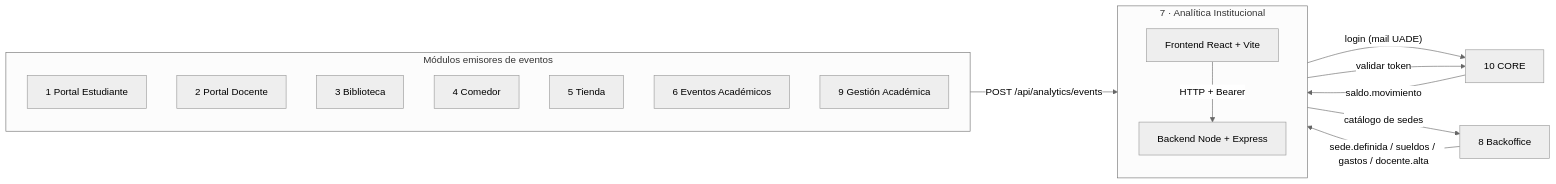
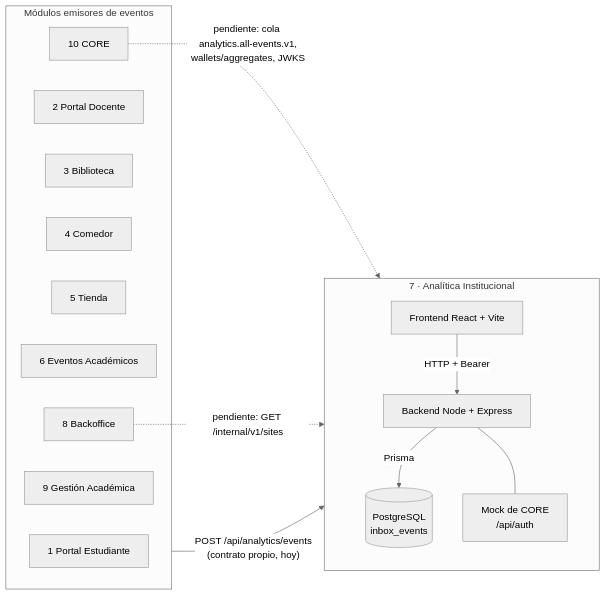
Before and after one commit to JoacoaFernandez/Modulo7: the diagram in README.md, drawn with Mermaid (neutral theme). The commit also changed other lines of this file and 18 other files, not shown here.

````diff
--- a/README.md
+++ b/README.md
@@ -28,28 +35,29 @@
 ```mermaid
 flowchart LR
   subgraph Emisores["Módulos emisores de eventos"]
     PE[1 Portal Estudiante]
     PD[2 Portal Docente]
     BI[3 Biblioteca]
     CO[4 Comedor]
     TI[5 Tienda]
     EV[6 Eventos Académicos]
+    BO[8 Backoffice]
     GA[9 Gestión Académica]
+    CORE[10 CORE]
   end
-  BO[8 Backoffice]
-  CORE[10 CORE]
 
   subgraph M7["7 · Analítica Institucional"]
     direction TB
     FE[Frontend React + Vite]
     BE[Backend Node + Express]
+    DB[(PostgreSQL<br/>inbox_events)]
+    MOCK[Mock de CORE<br/>/api/auth]
     FE -- "HTTP + Bearer" --> BE
+    BE -- "Prisma" --> DB
+    BE --- MOCK
   end
 
-  Emisores -- "POST /api/analytics/events" --> BE
-  BO -- "sede.definida / sueldos / gastos / docente.alta" --> BE
-  CORE -- "saldo.movimiento" --> BE
-  FE -- "login (mail UADE)" --> CORE
-  BE -- "validar token" --> CORE
-  BE -- "catálogo de sedes" --> BO
+  Emisores -- "POST /api/analytics/events<br/>(contrato propio, hoy)" --> BE
+  CORE -. "pendiente: cola analytics.all-events.v1,<br/>wallets/aggregates, JWKS" .-> BE
+  BO -. "pendiente: GET /internal/v1/sites" .-> BE
 ```
````
